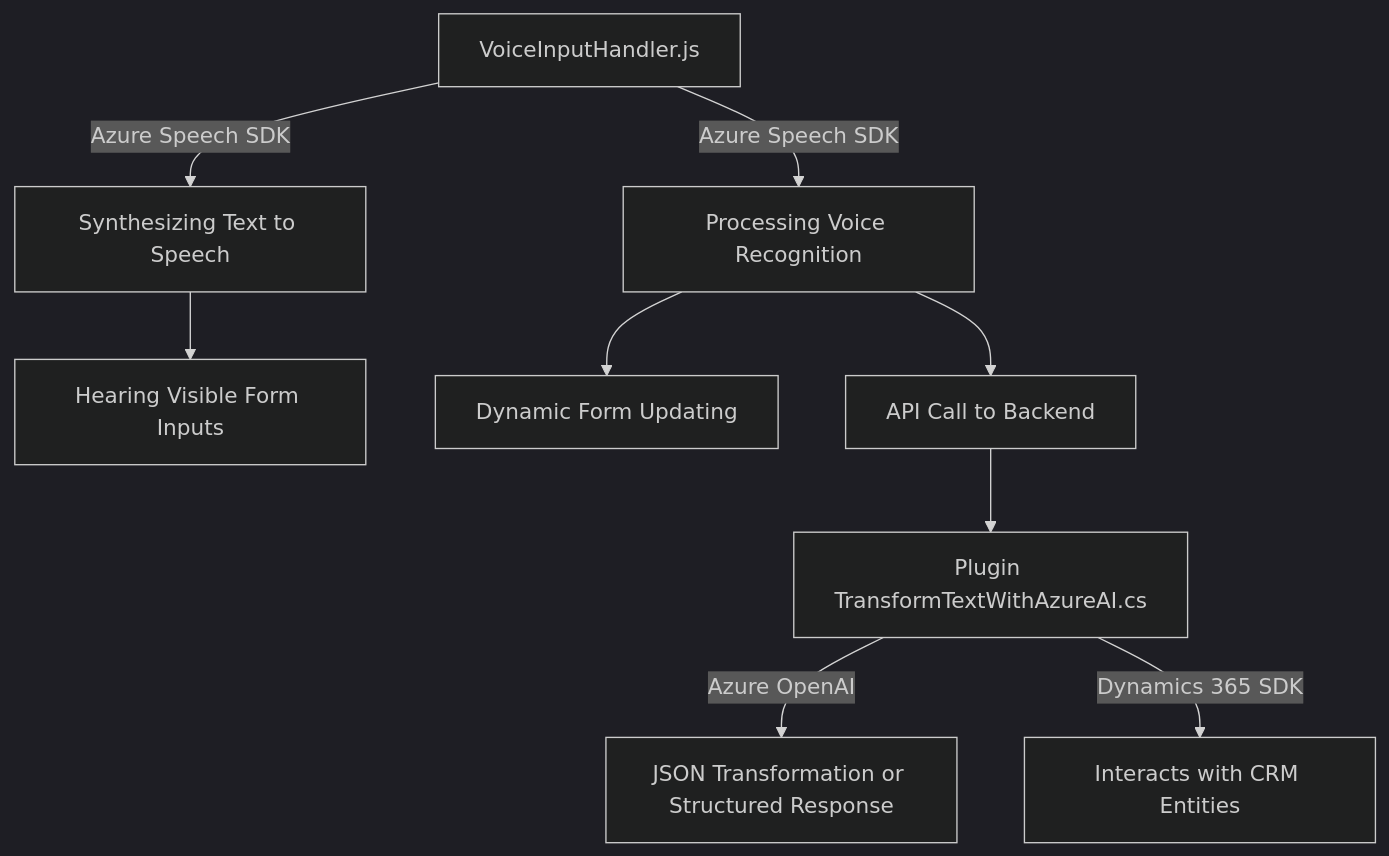
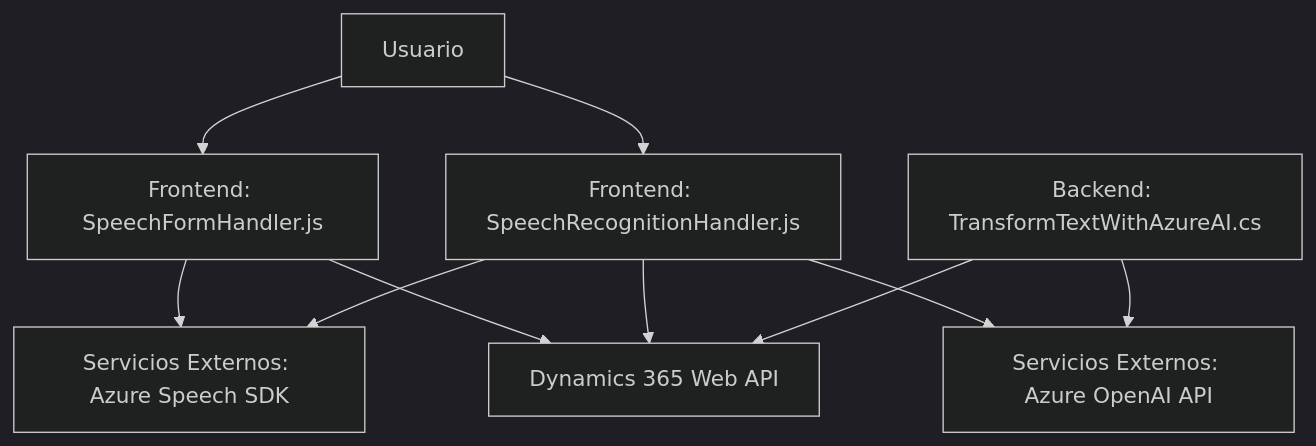
Before and after one commit to blopezdm/NETCORE_BILBAO2025: the diagram in README.md, drawn with Mermaid (dark theme). The commit also changed other lines of this file, not shown here.

````diff
--- a/README.md
+++ b/README.md
@@ -37,11 +36,21 @@
 ```mermaid
 graph TD
-    A["FrontEnd VoiceInputHandler.js"] --Azure Speech SDK--> B["Synthesizing Text to Speech"]
-    A["VoiceInputHandler.js"] --Azure Speech SDK--> C["Processing Voice Recognition"]
-    B --> D["Hearing Visible Form Inputs"]
-    C --> E["Dynamic Form Updating"]
-    C --> F["API Call to Backend"]
-    F --> G["Plugin TransformTextWithAzureAI.cs"]
-    G --Azure OpenAI--> H["JSON Transformation or Structured Response"]
-    G --Dynamics 365 SDK--> I["Interacts with CRM Entities"]
+    A[Frontend: SpeechFormHandler.js]
+    B[Frontend: SpeechRecognitionHandler.js]
+    C[Backend: TransformTextWithAzureAI.cs]
+    D[Servicios Externos: Azure Speech SDK]
+    E[Servicios Externos: Azure OpenAI API]
+    F[Dynamics 365 Web API]
+    G[Usuario]
+
+    G --> A
+    G --> B
+
+    A --> D
+    A --> F
+    B --> D
+    B --> F
+    B --> E
+    C --> E
+    C --> F
 ```
````
